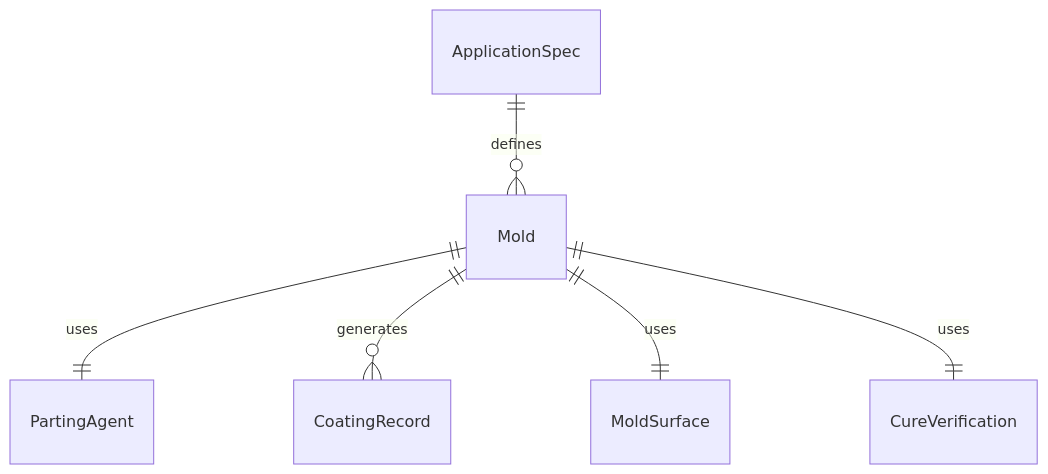
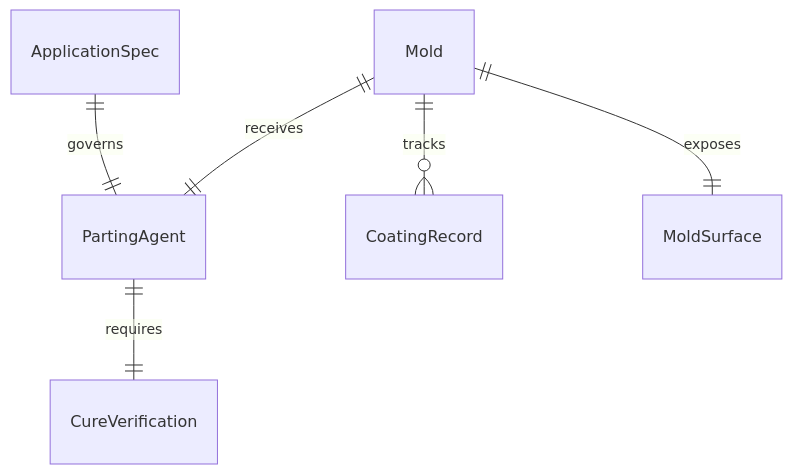
The first of 4 diagrams in HandlingAndMovingObjects/RemoveWorkpiecesFromProductionEquipment/ApplyPartingAgentsSolutionsMolds.mdx (dot-org-ai/tasks.org.ai), drawn with Mermaid before and after one commit. The commit also changed other lines of this file and 515 other files, not shown here.

````diff
--- a/HandlingAndMovingObjects/RemoveWorkpiecesFromProductionEquipment/ApplyPartingAgentsSolutionsMolds.mdx
+++ b/HandlingAndMovingObjects/RemoveWorkpiecesFromProductionEquipment/ApplyPartingAgentsSolutionsMolds.mdx
@@ -88,8 +88,8 @@
 ```mermaid
 erDiagram
-    Mold ||--|| PartingAgent : "uses"
-    ApplicationSpec ||--o{ Mold : "defines"
-    Mold ||--o{ CoatingRecord : "generates"
-    Mold ||--|| MoldSurface : "uses"
-    Mold ||--|| CureVerification : "uses"
+    Mold ||--|| PartingAgent : "receives"
+    ApplicationSpec ||--|| PartingAgent : "governs"
+    Mold ||--o{ CoatingRecord : "tracks"
+    Mold ||--|| MoldSurface : "exposes"
+    PartingAgent ||--|| CureVerification : "requires"
 ```
````
